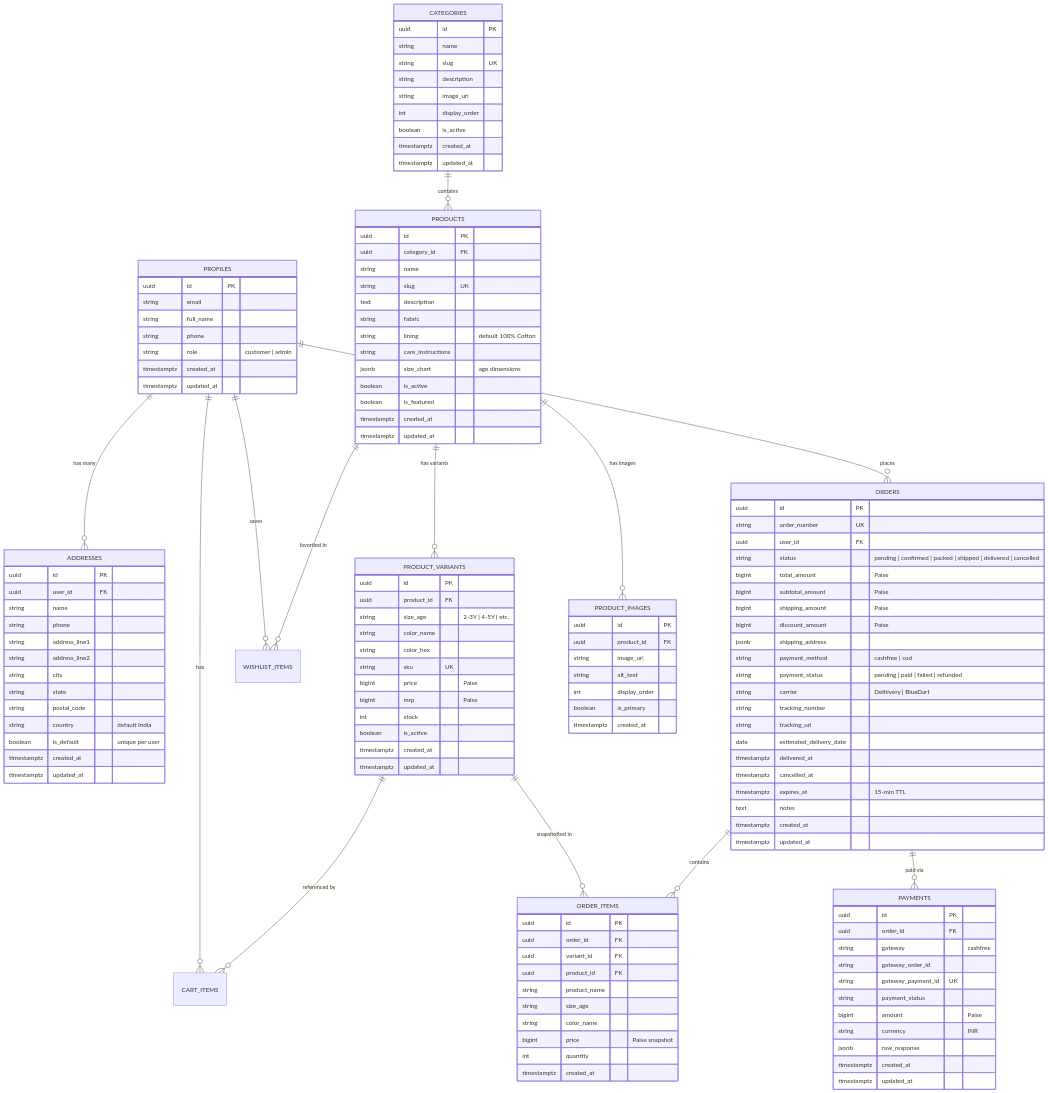
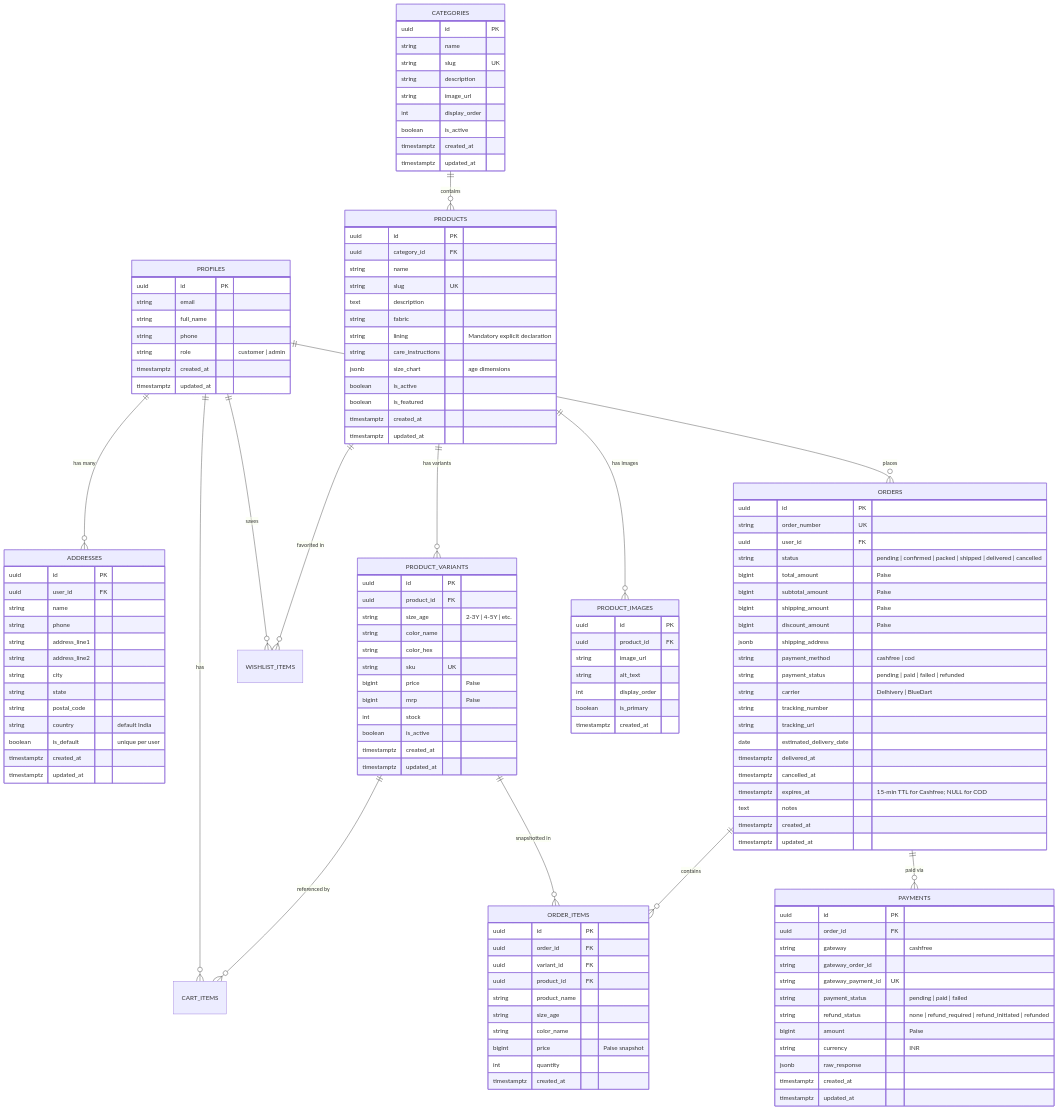
Before and after one commit to thrinnadhh/Varnam: the diagram in docs/architecture.md, drawn with Mermaid. The commit also changed other lines of this file and 6 other files, not shown here.

```diff
--- a/docs/architecture.md
+++ b/docs/architecture.md
@@ -104,7 +124,7 @@
         string slug UK
         text description
         string fabric
-        string lining "default 100% Cotton"
+        string lining "Mandatory explicit declaration"
         string care_instructions
         jsonb size_chart "age dimensions"
         boolean is_active
@@ -172,7 +192,7 @@
         date estimated_delivery_date
         timestamptz delivered_at
         timestamptz cancelled_at
-        timestamptz expires_at "15-min TTL"
+        timestamptz expires_at "15-min TTL for Cashfree; NULL for COD"
         text notes
         timestamptz created_at
         timestamptz updated_at
@@ -197,7 +217,8 @@
         string gateway "cashfree"
         string gateway_order_id
         string gateway_payment_id UK
-        string payment_status
+        string payment_status "pending | paid | failed"
+        string refund_status "none | refund_required | refund_initiated | refunded"
         bigint amount "Paise"
         string currency "INR"
         jsonb raw_response
```
